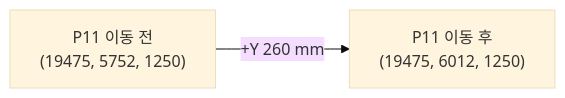
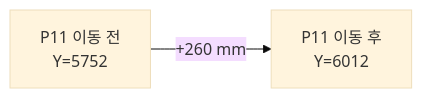
Before and after one commit to JIWOO1127/machine-vision1: the fourth of 20 diagrams in ArUco/README.md, drawn with Mermaid (base theme). The commit also changed other lines of this file, not shown here.

````diff
--- a/ArUco/README.md
+++ b/ArUco/README.md
@@ -205,4 +269,4 @@
 ```mermaid
 flowchart LR
-    A["P11 이동 전<br/>(19475, 5752, 1250)"] -->|"+Y 260 mm"| B["P11 이동 후<br/>(19475, 6012, 1250)"]
+    B["P11 이동 전<br/>Y=5752"] -->|"+260 mm"| A["P11 이동 후<br/>Y=6012"]
 ```
````
